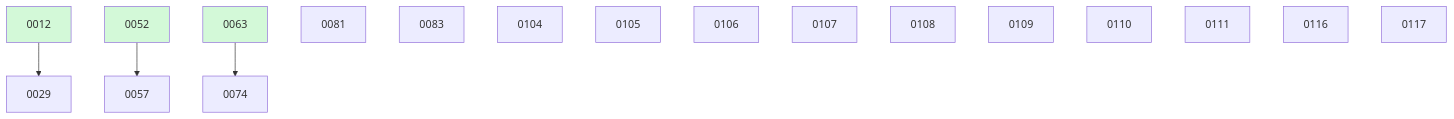
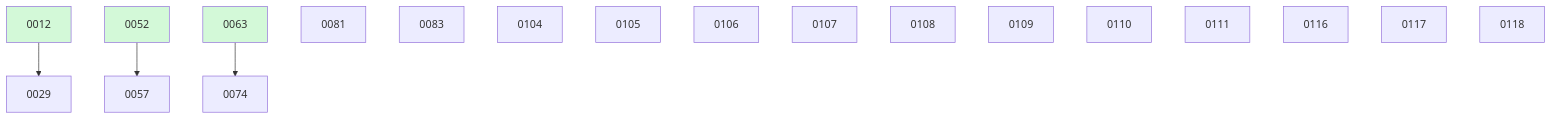
The diagram in docs/changes/BOARD.md (ethanhinson/fuse), drawn with Mermaid before and after one commit. The commit also changed other lines of this file and 1 other file, not shown here.

````diff
--- a/docs/changes/BOARD.md
+++ b/docs/changes/BOARD.md
@@ -40,22 +41,23 @@
 ```mermaid
 graph TD
   0012 --> 0029
   0052 --> 0057
   0063 --> 0074
   0081
   0083
   0104
   0105
   0106
   0107
   0108
   0109
   0110
   0111
   0116
   0117
+  0118
   0012:::done
   0052:::done
   0063:::done
   classDef done fill:#d3f9d8;
 ```
````
